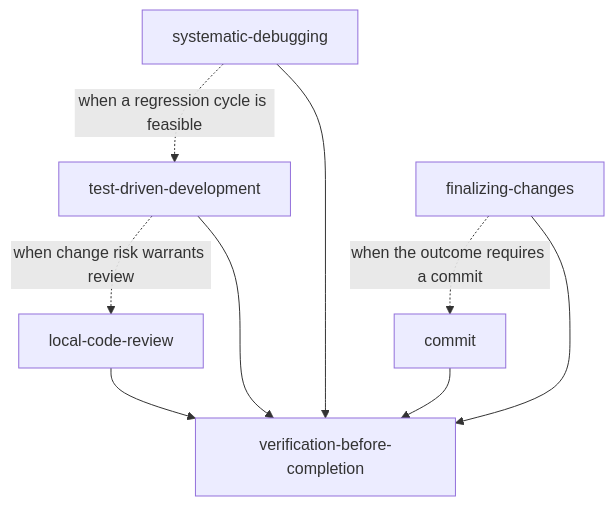
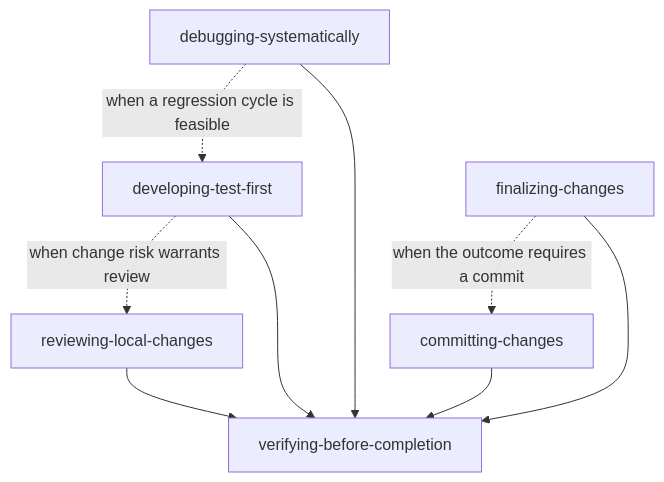
One commit to fgladisch/opencode-skills changed the diagram in README.md. Above: the diagram before and after it, drawn with Mermaid. The commit also changed other lines of this file and 11 other files, not shown here.

````diff
--- a/README.md
+++ b/README.md
@@ -54,18 +54,18 @@
 ```mermaid
 flowchart TB
-  SD["systematic-debugging"]
-  TDD["test-driven-development"]
-  CR["local-code-review"]
-  V["verification-before-completion"]
-  C["commit"]
+  SD["debugging-systematically"]
+  TDD["developing-test-first"]
+  CR["reviewing-local-changes"]
+  V["verifying-before-completion"]
+  C["committing-changes"]
   F["finalizing-changes"]
 
   SD -. "when a regression cycle is feasible" .-> TDD
   TDD -. "when change risk warrants review" .-> CR
   CR --> V
   TDD --> V
   SD --> V
   F -. "when the outcome requires a commit" .-> C
   C --> V
   F --> V
 ```
````
